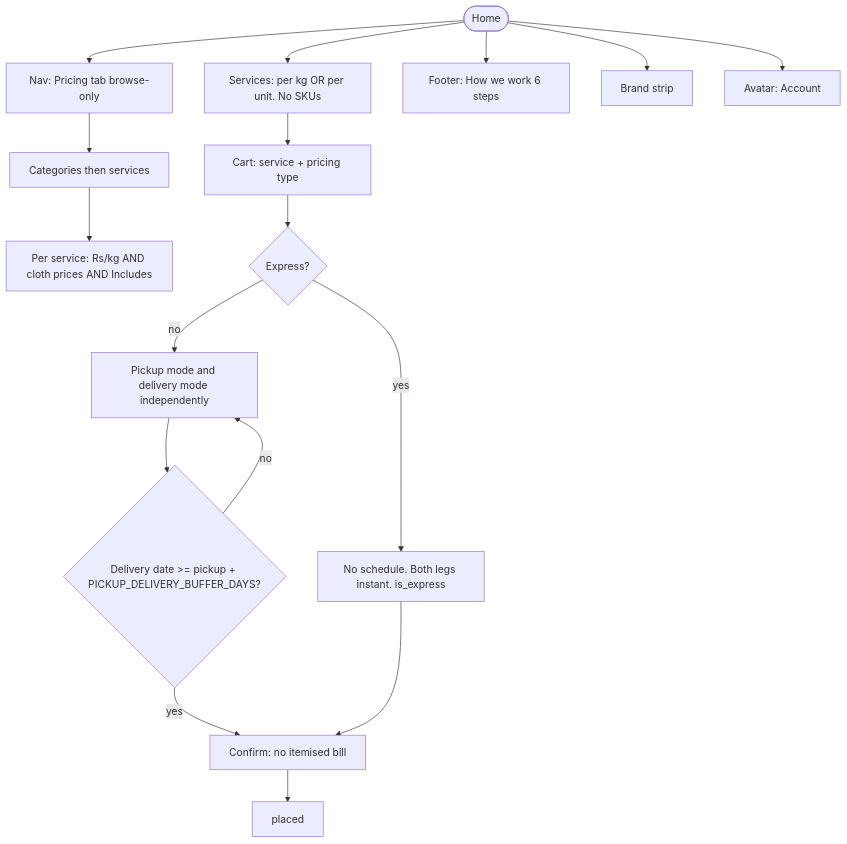
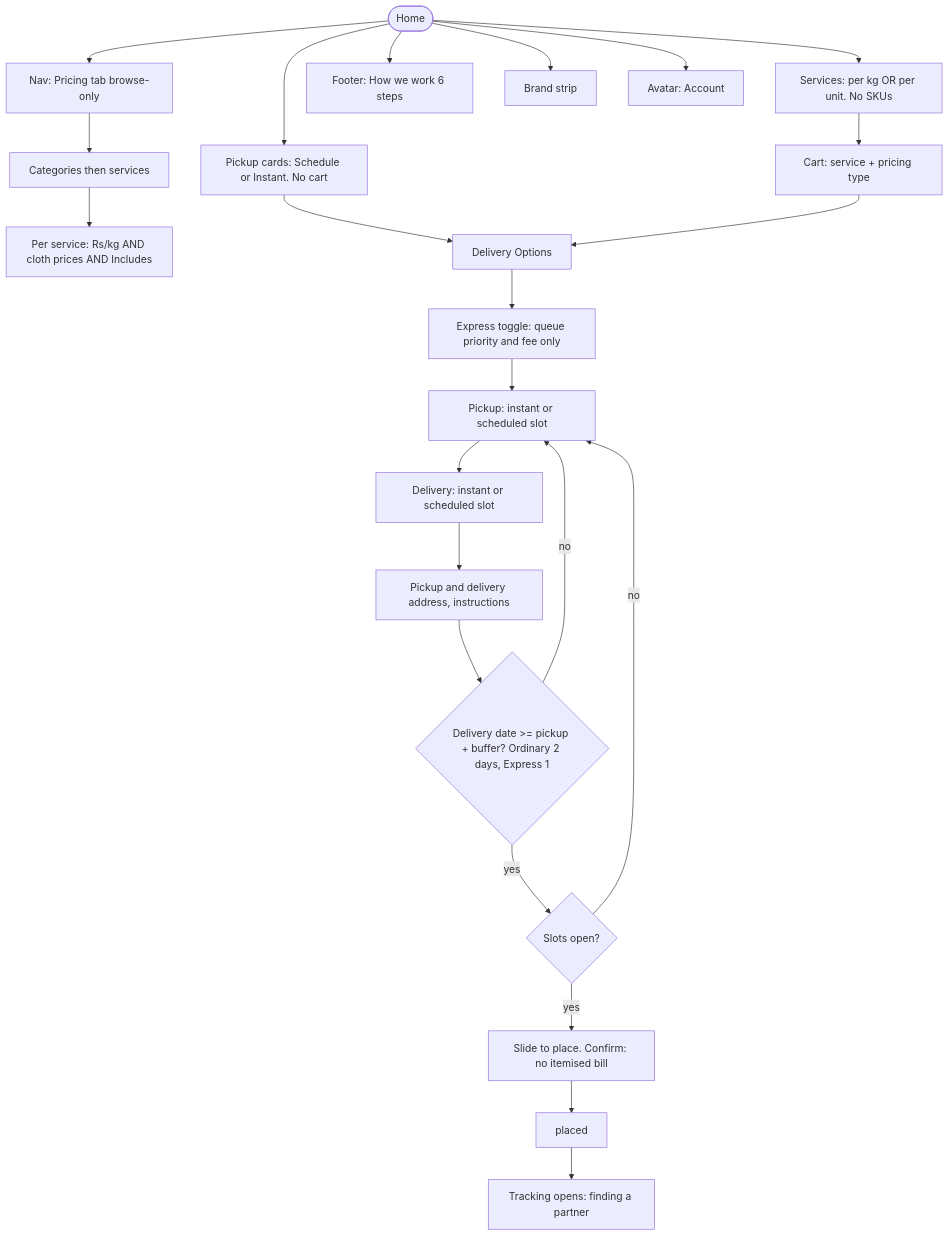
Before and after one commit to mohitUnico/laundry: the third of 11 diagrams in docs/order-flow-v2/diagrams/00-overview-pack.md, drawn with Mermaid. The commit also changed other lines of this file and 46 other files, not shown here.

First line of the commit message:
feat(orders): align list and details UX with order-flow v2 cards and bill states

````diff
--- a/docs/order-flow-v2/diagrams/00-overview-pack.md
+++ b/docs/order-flow-v2/diagrams/00-overview-pack.md
@@ -86,19 +87,25 @@
 ```mermaid
 flowchart TB
   home([Home]) --> cat[Pick category]
   home --> pricingTab[Nav: Pricing tab browse-only]
   home --> how[Footer: How we work 6 steps]
   home --> brand[Brand strip]
   home --> acct[Avatar: Account]
   pricingTab --> catList[Categories then services]
   catList --> svcPrice[Per service: Rs/kg AND cloth prices AND Includes]
+  home --> pcards[Pickup cards: Schedule or Instant. No cart]
   cat[Services: per kg OR per unit. No SKUs] --> cart[Cart: service + pricing type]
-  cart --> express{Express?}
-  express -->|yes| expGo[No schedule. Both legs instant. is_express]
-  express -->|no| modes[Pickup mode and delivery mode independently]
-  modes --> buf{Delivery date >= pickup + PICKUP_DELIVERY_BUFFER_DAYS?}
-  buf -->|no| modes
-  buf -->|yes| confirm
-  expGo --> confirm[Confirm: no itemised bill]
+  pcards --> opts[Delivery Options]
+  cart --> opts
+  opts --> exp[Express toggle: queue priority and fee only]
+  exp --> pm[Pickup: instant or scheduled slot]
+  pm --> dm[Delivery: instant or scheduled slot]
+  dm --> addr[Pickup and delivery address, instructions]
+  addr --> buf{Delivery date >= pickup + buffer? Ordinary 2 days, Express 1}
+  buf -->|no| pm
+  buf -->|yes| slotOk{Slots open?}
+  slotOk -->|no| pm
+  slotOk -->|yes| confirm[Slide to place. Confirm: no itemised bill]
   confirm --> placed[placed]
+  placed --> track[Tracking opens: finding a partner]
 ```
````
